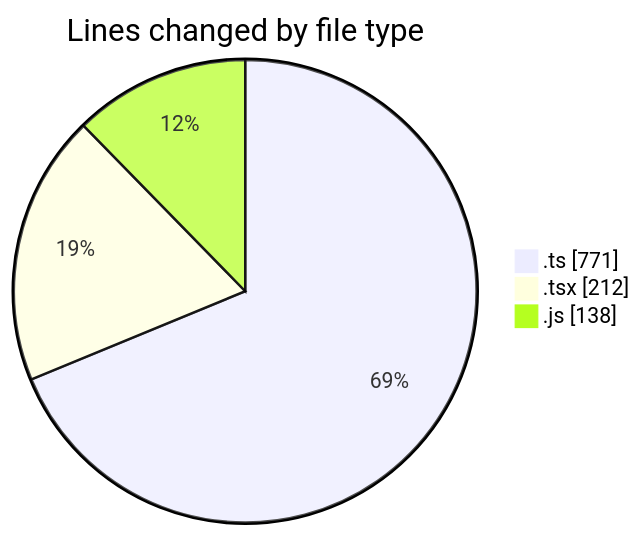
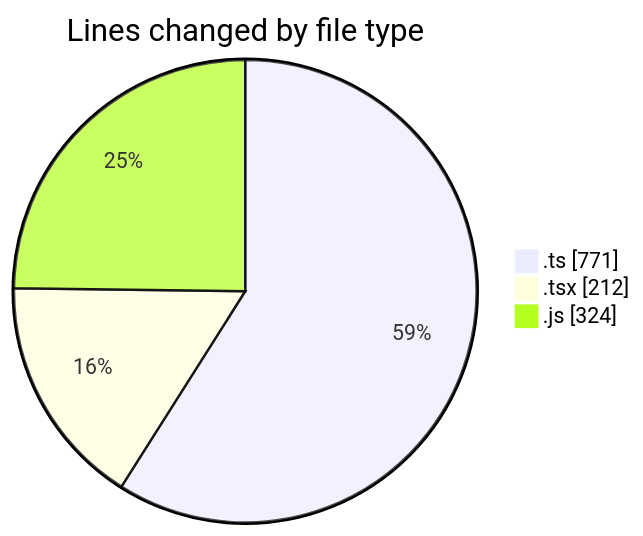
Before and after one commit to momahboobian/code-tracking: the first of 2 diagrams in 2026-03-11/cda/README.md, drawn with Mermaid. The commit also changed other lines of this file and 1 other file, not shown here.

````diff
--- a/2026-03-11/cda/README.md
+++ b/2026-03-11/cda/README.md
@@ -22,7 +24,7 @@
 ```mermaid
 pie showData
 title Lines changed by file type
 ".ts" : 771
 ".tsx" : 212
-".js" : 138
+".js" : 324
 ```
````
